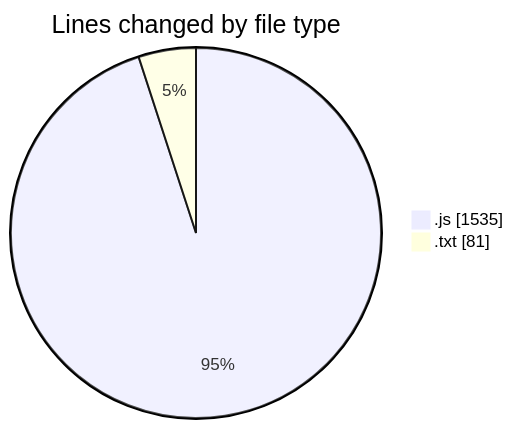
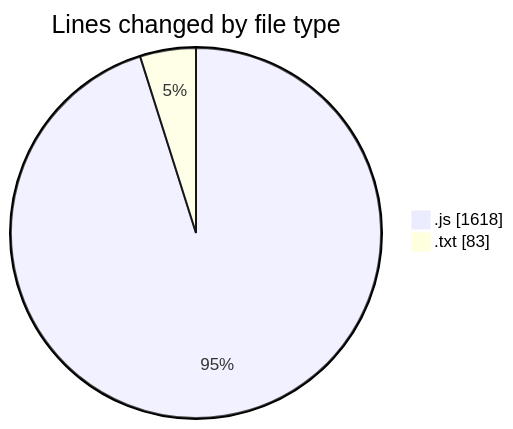
One commit to nxtqubesakshisongat/code-tracking changed the first of 2 diagrams in 2025-05-30/nxtqube_webapp/README.md. Above: the diagram before and after it, drawn with Mermaid. The commit also changed other lines of this file and 1 other file, not shown here.

````diff
--- a/2025-05-30/nxtqube_webapp/README.md
+++ b/2025-05-30/nxtqube_webapp/README.md
@@ -25,6 +26,6 @@
 ```mermaid
 pie showData
 title Lines changed by file type
-".js" : 1535
-".txt" : 81
+".js" : 1618
+".txt" : 83
 ```
````
